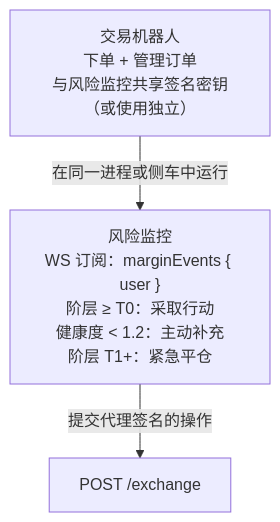
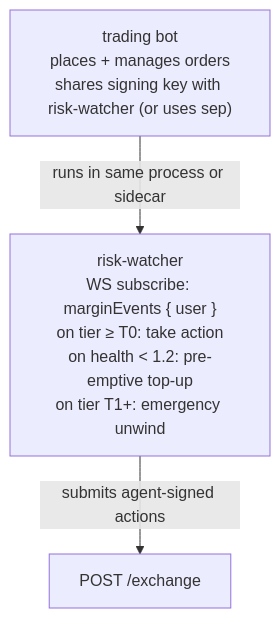
Before and after one commit to mtf-exchange/metaflux-knowledges: the first of 2 diagrams in i18n/zh-Hans/docusaurus-plugin-content-docs/current/integration/risk-watcher.md, drawn with Mermaid. The commit also changed other lines of this file and 355 other files, not shown here.

````diff
--- a/i18n/zh-Hans/docusaurus-plugin-content-docs/current/integration/risk-watcher.md
+++ b/i18n/zh-Hans/docusaurus-plugin-content-docs/current/integration/risk-watcher.md
@@ -17,9 +17,9 @@
 ```mermaid
 flowchart TD
-    bot["交易机器人<br/>下单 + 管理订单<br/>与风险监控共享签名密钥（或使用独立）"]
-    watcher["风险监控<br/>WS 订阅：marginEvents { user }<br/>阶层 ≥ T0：采取行动<br/>健康度 < 1.2：主动补充<br/>阶层 T1+：紧急平仓"]
+    bot["trading bot<br/>places + manages orders<br/>shares signing key with risk-watcher (or uses sep)"]
+    watcher["risk-watcher<br/>WS subscribe: marginEvents { user }<br/>on tier ≥ T0: take action<br/>on health &lt; 1.2: pre-emptive top-up<br/>on tier T1+: emergency unwind"]
     exchange["POST /exchange"]
 
-    bot -->|"在同一进程或侧车中运行"| watcher
-    watcher -->|"提交代理签名的操作"| exchange
+    bot -->|"runs in same process or sidecar"| watcher
+    watcher -->|"submits agent-signed actions"| exchange
 ```
````
